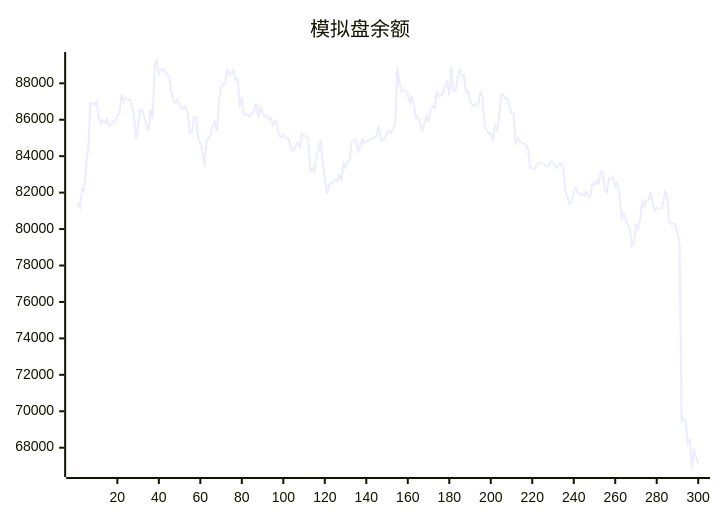
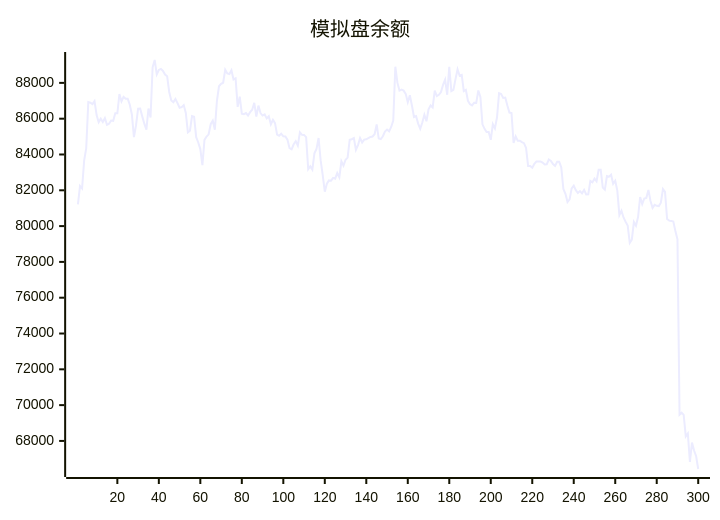
The diagram in README.md (aahl/ai-trading), drawn with Mermaid before and after one commit. The commit also changed other lines of this file and 1 other file, not shown here.

````diff
--- a/README.md
+++ b/README.md
@@ -5,5 +5,5 @@
 ```mermaid
 xychart
     title "模拟盘余额"
-    line [81481,81210,82242,82099,83658,84359,86925,86892,86814,86980,86203,85802,86003,85811,86028,85657,85721,85896,85880,86300,86299,87378,86965,87214,87115,87118,86780,86238,84966,85623,86555,86562,86129,85722,85387,86569,86070,88870,89278,88477,88720,88781,88668,88467,88372,87493,87018,86917,87102,86870,86613,86644,86758,86317,85242,85334,86149,86106,84968,84671,84302,83410,84816,85001,85127,85693,85891,85384,87001,87811,87945,88007,88734,88528,88495,88705,88189,88248,86662,87234,86279,86251,86314,86177,86364,86503,86886,86114,86731,86310,86176,86240,86017,86136,85685,85938,85749,85111,85044,85164,85016,85008,84824,84354,84287,84572,84745,84500,85234,85096,85095,84970,83180,83338,83157,84070,84309,84922,83667,82850,81924,82369,82552,82539,82695,82648,82962,82728,83619,83378,83710,83825,84819,84854,84917,84265,84527,84919,84668,84834,84850,84916,84981,85004,85131,85674,84891,84864,85019,85284,85393,85294,85538,85894,88904,88012,87567,87625,87568,87386,86920,87313,86737,86094,86143,85725,85437,85787,86219,85859,86526,86740,86630,87563,87264,87335,87483,87886,88180,87335,88894,87544,87608,88207,88755,88401,88444,87543,87608,87000,86810,86740,86894,86884,87576,87209,85686,85435,85251,85255,84820,85689,85453,86066,87420,87373,87161,87178,86740,86341,86315,84643,85012,84772,84768,84690,84635,84376,83360,83357,83259,83474,83608,83606,83602,83548,83440,83454,83724,83644,83464,83365,83590,83592,83275,82072,81806,81344,81492,82109,82254,82006,81848,81955,81829,82022,81769,81776,82522,82441,82656,82498,83144,83144,82150,82038,82797,82763,82872,82367,82536,81981,80612,80862,80484,80242,80034,79063,79245,80226,80016,80507,81625,81233,81544,81578,82016,81401,81019,81186,81130,81118,81306,82066,81909,80392,80304,80291,80258,79729,79261,69466,69579,69456,68251,68415,66832,67911,67462,67144]
+    line [81210,82242,82099,83658,84359,86925,86892,86814,86980,86203,85802,86003,85811,86028,85657,85721,85896,85880,86300,86299,87378,86965,87214,87115,87118,86780,86238,84966,85623,86555,86562,86129,85722,85387,86569,86070,88870,89278,88477,88720,88781,88668,88467,88372,87493,87018,86917,87102,86870,86613,86644,86758,86317,85242,85334,86149,86106,84968,84671,84302,83410,84816,85001,85127,85693,85891,85384,87001,87811,87945,88007,88734,88528,88495,88705,88189,88248,86662,87234,86279,86251,86314,86177,86364,86503,86886,86114,86731,86310,86176,86240,86017,86136,85685,85938,85749,85111,85044,85164,85016,85008,84824,84354,84287,84572,84745,84500,85234,85096,85095,84970,83180,83338,83157,84070,84309,84922,83667,82850,81924,82369,82552,82539,82695,82648,82962,82728,83619,83378,83710,83825,84819,84854,84917,84265,84527,84919,84668,84834,84850,84916,84981,85004,85131,85674,84891,84864,85019,85284,85393,85294,85538,85894,88904,88012,87567,87625,87568,87386,86920,87313,86737,86094,86143,85725,85437,85787,86219,85859,86526,86740,86630,87563,87264,87335,87483,87886,88180,87335,88894,87544,87608,88207,88755,88401,88444,87543,87608,87000,86810,86740,86894,86884,87576,87209,85686,85435,85251,85255,84820,85689,85453,86066,87420,87373,87161,87178,86740,86341,86315,84643,85012,84772,84768,84690,84635,84376,83360,83357,83259,83474,83608,83606,83602,83548,83440,83454,83724,83644,83464,83365,83590,83592,83275,82072,81806,81344,81492,82109,82254,82006,81848,81955,81829,82022,81769,81776,82522,82441,82656,82498,83144,83144,82150,82038,82797,82763,82872,82367,82536,81981,80612,80862,80484,80242,80034,79063,79245,80226,80016,80507,81625,81233,81544,81578,82016,81401,81019,81186,81130,81118,81306,82066,81909,80392,80304,80291,80258,79729,79261,69466,69579,69456,68251,68415,66832,67911,67462,67144,66432]
 ```
````
